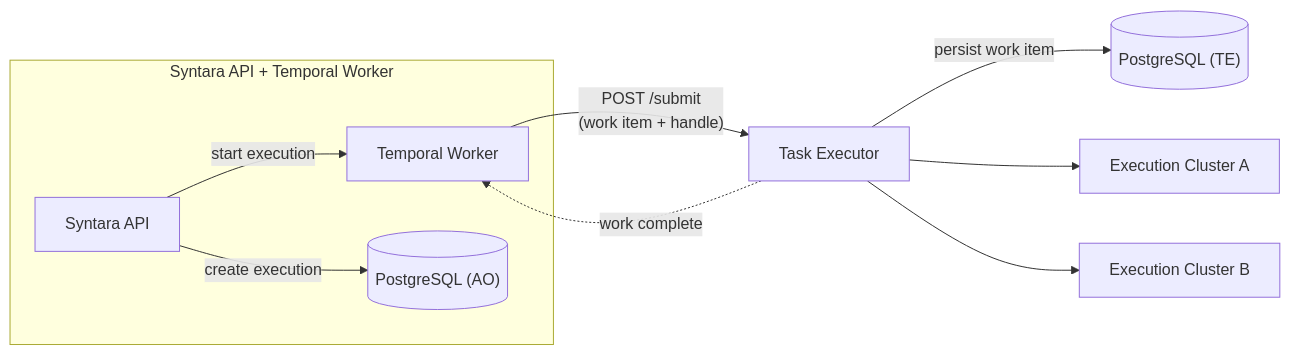
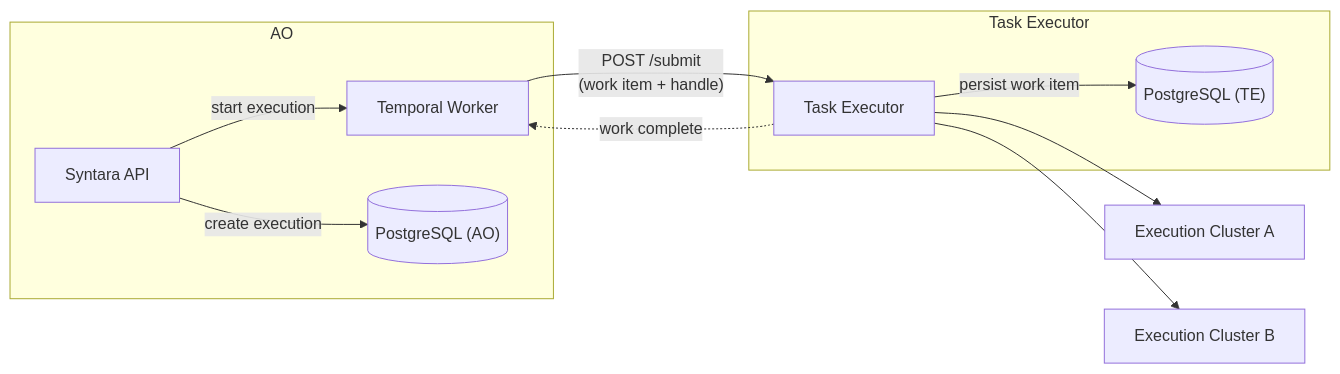
One commit to AlanCoding/syntara changed the second of 5 diagrams in backend/docs/execution-plane-decisions.md. Above: the diagram before and after it, drawn with Mermaid. The commit also changed other lines of this file, not shown here.

Commit message:
docs(execution-plane): add TE bounding box, label AO box as AO, drop shared PG position label

````diff
--- a/backend/docs/execution-plane-decisions.md
+++ b/backend/docs/execution-plane-decisions.md
@@ -48,20 +50,22 @@
 ```mermaid
 graph LR
-    subgraph AO["Syntara API + Temporal Worker"]
+    subgraph AO["AO"]
         API["Syntara API"]
         TW["Temporal Worker"]
         PG_AO[("PostgreSQL (AO)")]
     end
-    TE["Task Executor"]
-    PG_TE[("PostgreSQL (TE)")]
+    subgraph TE_BOX["Task Executor"]
+        TE["Task Executor"]
+        PG_TE[("PostgreSQL (TE)")]
+    end
     EC1["Execution Cluster A"]
     EC2["Execution Cluster B"]
 
     API -->|"create execution"| PG_AO
     API -->|"start execution"| TW
     TW -->|"POST /submit<br/>(work item + handle)"| TE
     TE -->|"persist work item"| PG_TE
     TE -.->|"work complete"| TW
     TE --> EC1
     TE --> EC2
 ```
````
